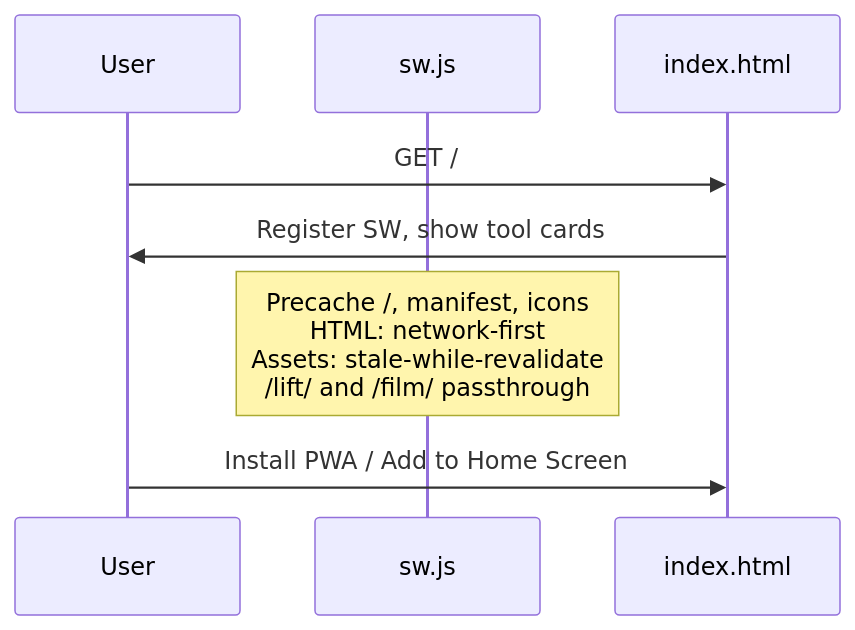
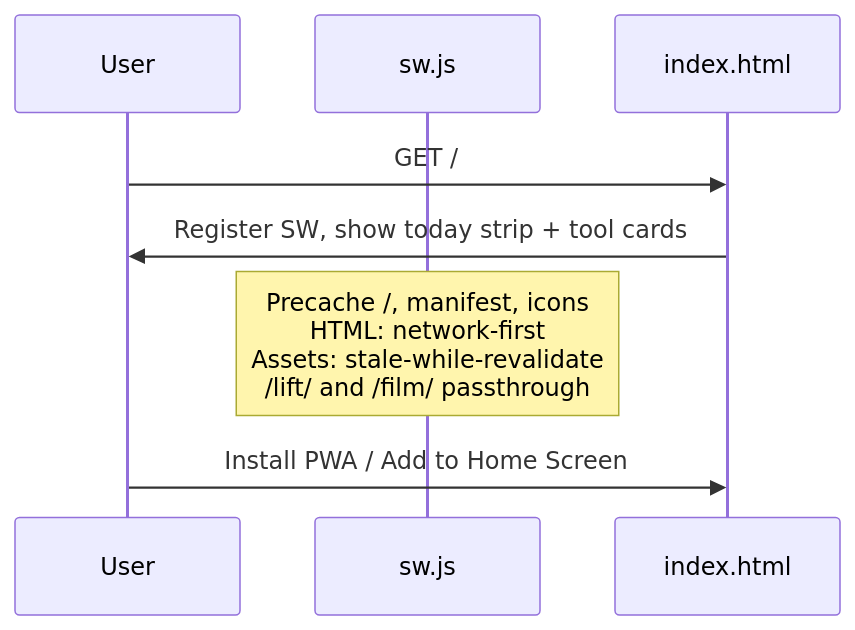
One commit to mitchelldawkinsjr/ghfb changed the diagram in docs/flows-hub-pwa.md. Above: the diagram before and after it, drawn with Mermaid. The commit also changed other lines of this file and 17 other files, not shown here.

First line of the commit message:
Add hub today strip, dashboard insights, and sheet-driven lift plan.

````diff
--- a/docs/flows-hub-pwa.md
+++ b/docs/flows-hub-pwa.md
@@ -7,11 +7,11 @@
 ```mermaid
 sequenceDiagram
   participant U as User
   participant SW as sw.js
   participant Hub as index.html
 
   U->>Hub: GET /
-  Hub->>U: Register SW, show tool cards
+  Hub->>U: Register SW, show today strip + tool cards
   Note over SW: Precache /, manifest, icons<br/>HTML: network-first<br/>Assets: stale-while-revalidate<br/>/lift/ and /film/ passthrough
   U->>Hub: Install PWA / Add to Home Screen
 ```
````
